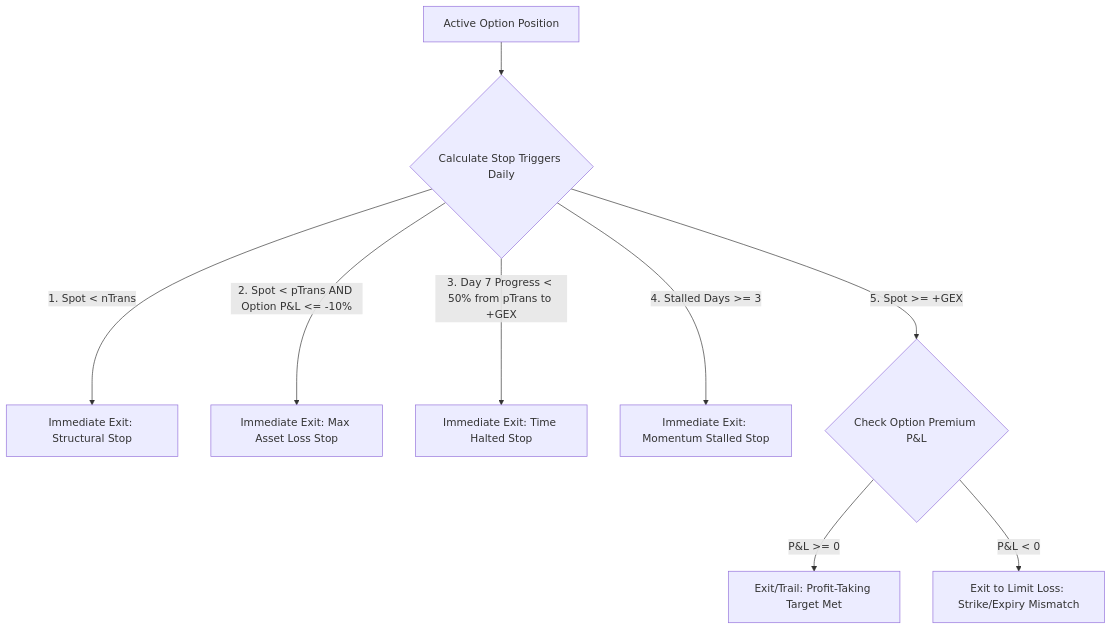
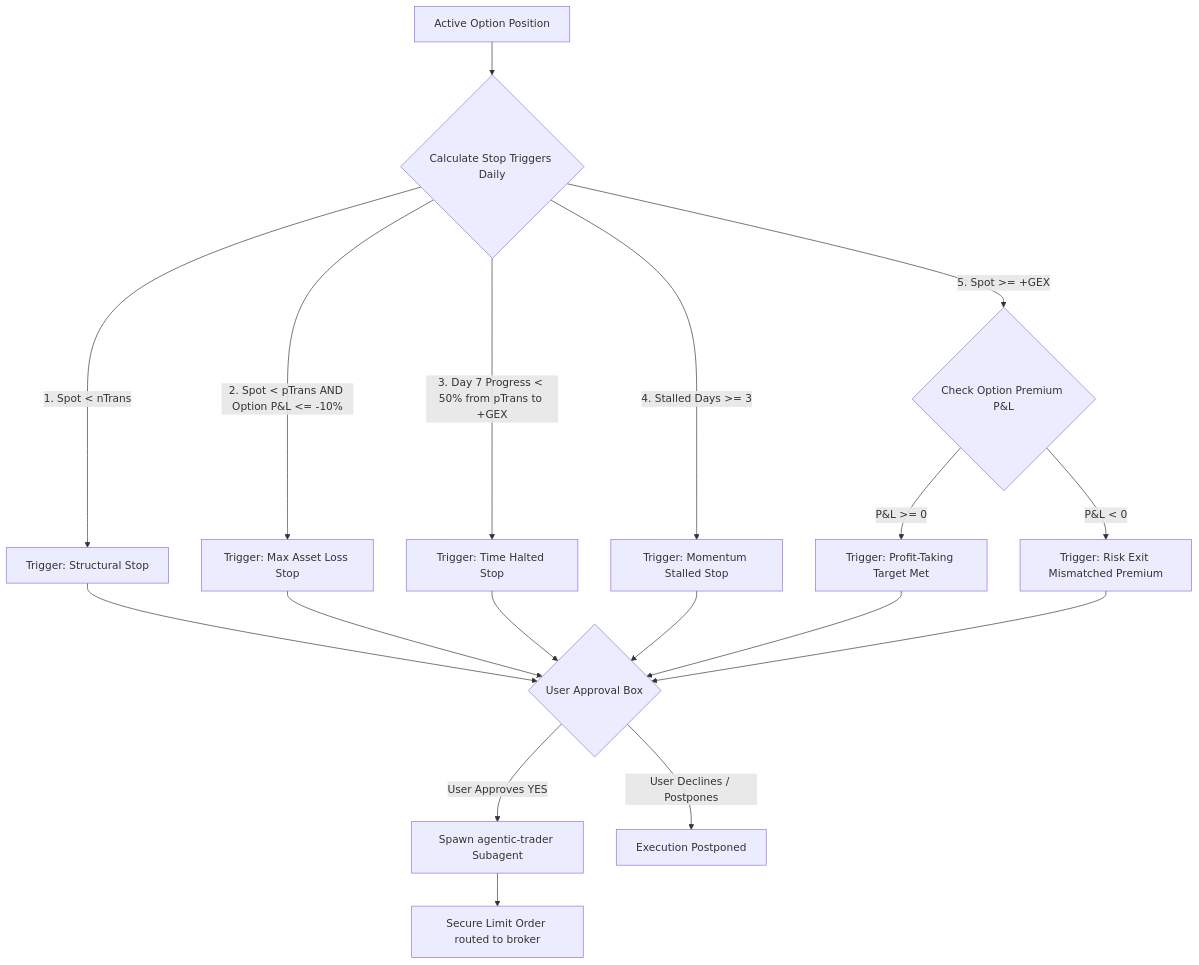
Before and after one commit to Aymeric/wip: the fourth of 4 diagrams in README.md, drawn with Mermaid. The commit also changed other lines of this file and 29 other files, not shown here.

````diff
--- a/README.md
+++ b/README.md
@@ -301,11 +316,16 @@
 ```mermaid
 graph TD
     A[Active Option Position] --> B{Calculate Stop Triggers Daily}
-    B -->|1. Spot < nTrans| C[Immediate Exit: Structural Stop]
-    B -->|2. Spot < pTrans AND Option P&L <= -10%| D[Immediate Exit: Max Asset Loss Stop]
-    B -->|3. Day 7 Progress < 50% from pTrans to +GEX| E[Immediate Exit: Time Halted Stop]
-    B -->|4. Stalled Days >= 3| F[Immediate Exit: Momentum Stalled Stop]
+    B -->|1. Spot < nTrans| C[Trigger: Structural Stop]
+    B -->|2. Spot < pTrans AND Option P&L <= -10%| D[Trigger: Max Asset Loss Stop]
+    B -->|3. Day 7 Progress < 50% from pTrans to +GEX| E[Trigger: Time Halted Stop]
+    B -->|4. Stalled Days >= 3| F[Trigger: Momentum Stalled Stop]
     B -->|5. Spot >= +GEX| G{Check Option Premium P&L}
-    G -->|P&L >= 0| H[Exit/Trail: Profit-Taking Target Met]
-    G -->|P&L < 0| I[Exit to Limit Loss: Strike/Expiry Mismatch]
+    G -->|P&L >= 0| H[Trigger: Profit-Taking Target Met]
+    G -->|P&L < 0| I[Trigger: Risk Exit Mismatched Premium]
+
+    C & D & E & F & H & I --> J{User Approval Box}
+    J -->|User Approves YES| K[Spawn agentic-trader Subagent]
+    K --> L[Secure Limit Order routed to broker]
+    J -->|User Declines / Postpones| M[Execution Postponed]
 ```
````
